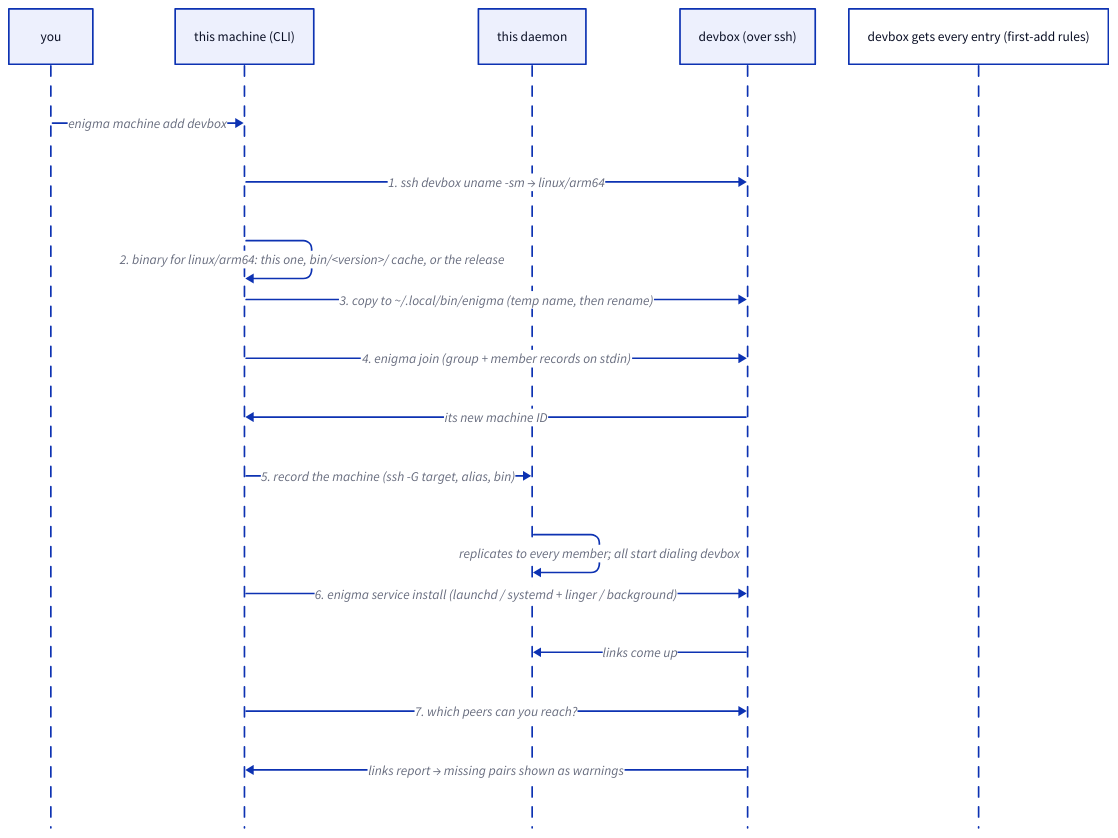
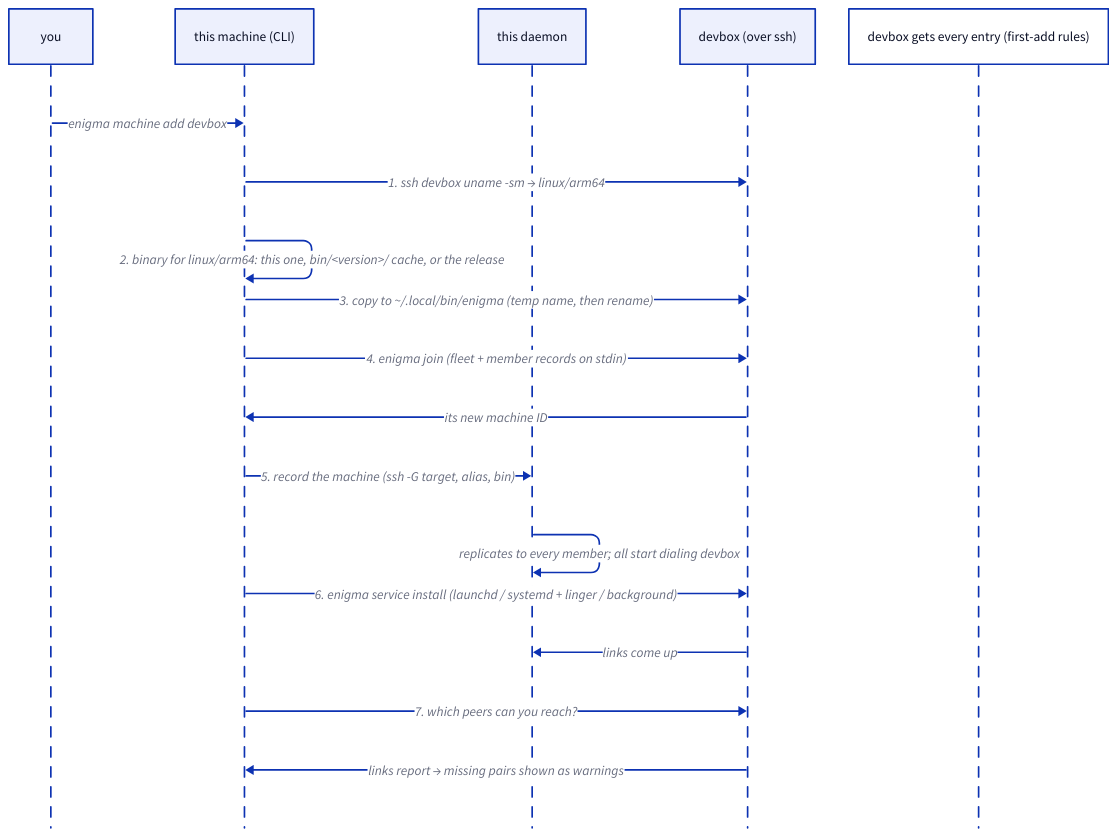
One commit to nadavushka-dev/Enigma changed the diagram in architecture/06-machine-add.d2. Above: the diagram before and after it, drawn with D2. The commit also changed 41 other files, not shown here.

First line of the commit message:
refactor: rename the machine mesh from group to fleet (SPEC §3)

```diff
--- a/architecture/06-machine-add.d2
+++ b/architecture/06-machine-add.d2
@@ -1,20 +1,20 @@
 # enigma machine add devbox (SPEC §11)
 shape: sequence_diagram
 
 you: you
 x: "this machine (CLI)"
 d: this daemon
 r: "devbox (over ssh)"
 
 you -> x: enigma machine add devbox
 x -> r: "1. ssh devbox uname -sm → linux/arm64"
 x -> x: "2. binary for linux/arm64: this one, bin/<version>/ cache, or the release"
 x -> r: "3. copy to ~/.local/bin/enigma (temp name, then rename)"
-x -> r: "4. enigma join  (group + member records on stdin)"
+x -> r: "4. enigma join  (fleet + member records on stdin)"
 r -> x: its new machine ID
 x -> d: "5. record the machine (ssh -G target, alias, bin)"
 d -> d: "replicates to every member; all start dialing devbox"
 x -> r: "6. enigma service install (launchd / systemd + linger / background)"
 r -> d: links come up; devbox gets every entry (first-add rules)
 x -> r: "7. which peers can you reach?"
 r -> x: "links report → missing pairs shown as warnings"
```
